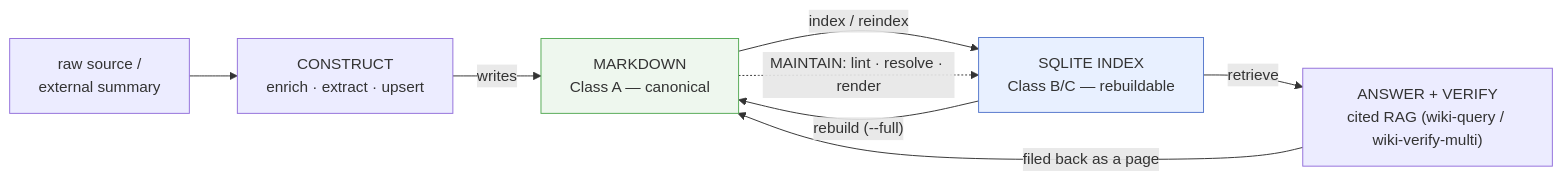
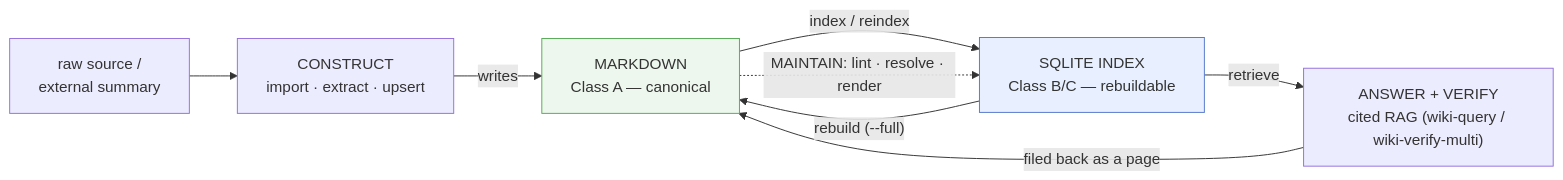
The first of 8 diagrams in docs/manuals/obsidian-llm-wiki_manual.md (MatrixFounder/llm-wiki), drawn with Mermaid before and after one commit. The commit also changed other lines of this file and 17 other files, not shown here.

First line of the commit message:
docs: de-vendor manuals/ROADMAP, archive pre-impl planning specs, refresh data-model infographic

````diff
--- a/docs/manuals/obsidian-llm-wiki_manual.md
+++ b/docs/manuals/obsidian-llm-wiki_manual.md
@@ -83,14 +84,14 @@
 ```mermaid
 flowchart LR
     SRC["raw source /<br/>external summary"] --> C
-    C["CONSTRUCT<br/>enrich · extract · upsert"] -->|"writes"| MD["MARKDOWN<br/>Class A — canonical"]
+    C["CONSTRUCT<br/>import · extract · upsert"] -->|"writes"| MD["MARKDOWN<br/>Class A — canonical"]
     MD -->|"index / reindex"| DB["SQLITE INDEX<br/>Class B/C — rebuildable"]
     DB -->|"rebuild (--full)"| MD
     DB -->|"retrieve"| ANS["ANSWER + VERIFY<br/>cited RAG (wiki-query / wiki-verify-multi)"]
     ANS -->|"filed back as a page"| MD
     MD -.->|"MAINTAIN: lint · resolve · render"| DB
     classDef canon fill:#eef7ee,stroke:#5a5;
     classDef cache fill:#e8f0ff,stroke:#5577cc;
     class MD canon;
     class DB cache;
 ```
````
